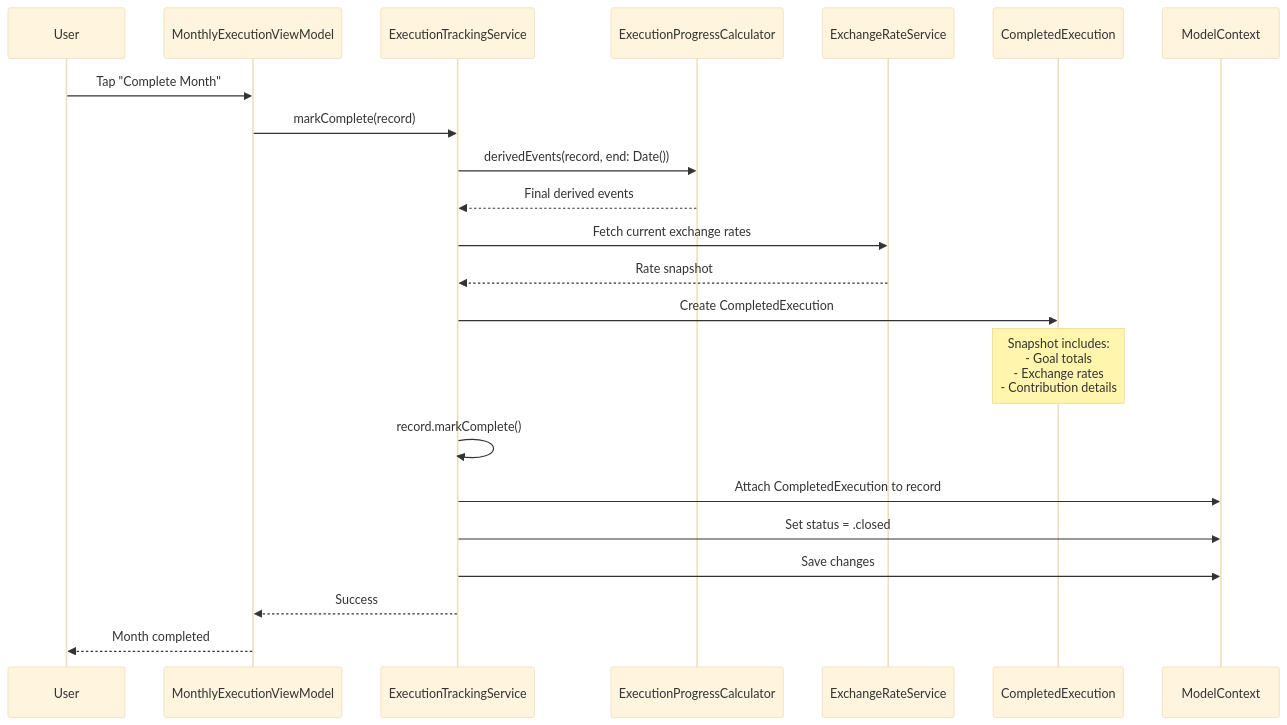
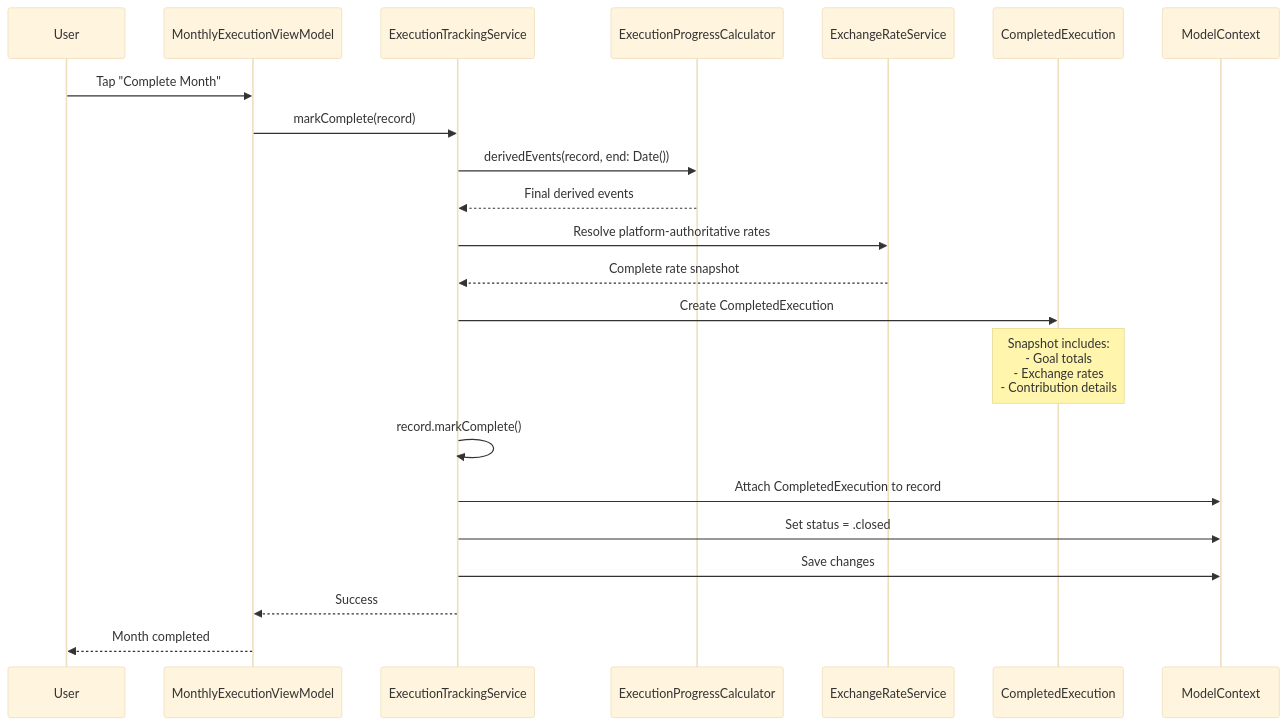
The seventh of 9 diagrams in docs/CONTRIBUTION_FLOW.md (lueurxax/CryptoSavingsTracker), drawn with Mermaid (base theme) before and after one commit. The commit also changed other lines of this file and 437 other files, not shown here.

````diff
--- a/docs/CONTRIBUTION_FLOW.md
+++ b/docs/CONTRIBUTION_FLOW.md
@@ -324,30 +331,30 @@
 ```mermaid
 sequenceDiagram
     participant User
     participant VM as MonthlyExecutionViewModel
     participant ETS as ExecutionTrackingService
     participant EPC as ExecutionProgressCalculator
     participant ERS as ExchangeRateService
     participant CE as CompletedExecution
     participant DB as ModelContext
 
     User->>VM: Tap "Complete Month"
     VM->>ETS: markComplete(record)
 
     ETS->>EPC: derivedEvents(record, end: Date())
     EPC-->>ETS: Final derived events
 
-    ETS->>ERS: Fetch current exchange rates
-    ERS-->>ETS: Rate snapshot
+    ETS->>ERS: Resolve platform-authoritative rates
+    ERS-->>ETS: Complete rate snapshot
 
     ETS->>CE: Create CompletedExecution
     Note over CE: Snapshot includes:<br/>- Goal totals<br/>- Exchange rates<br/>- Contribution details
 
     ETS->>ETS: record.markComplete()
     ETS->>DB: Attach CompletedExecution to record
     ETS->>DB: Set status = .closed
     ETS->>DB: Save changes
 
     ETS-->>VM: Success
     VM-->>User: Month completed
 ```
````
